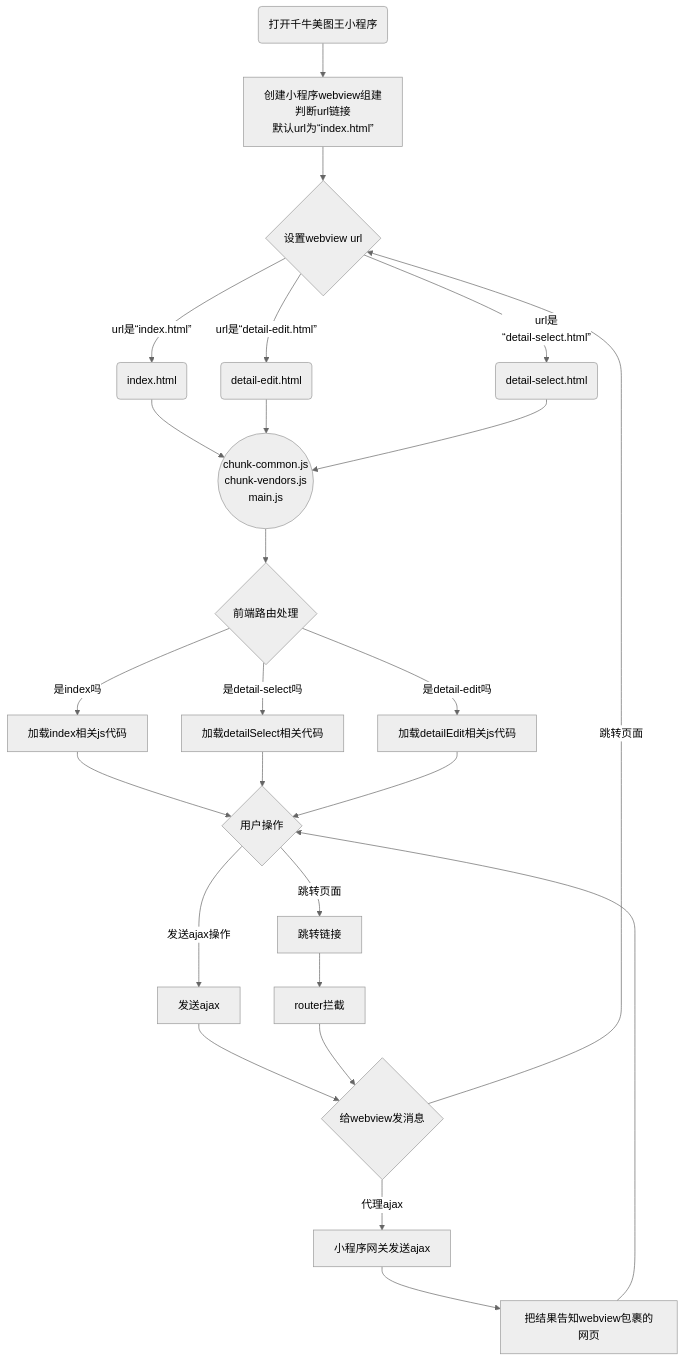
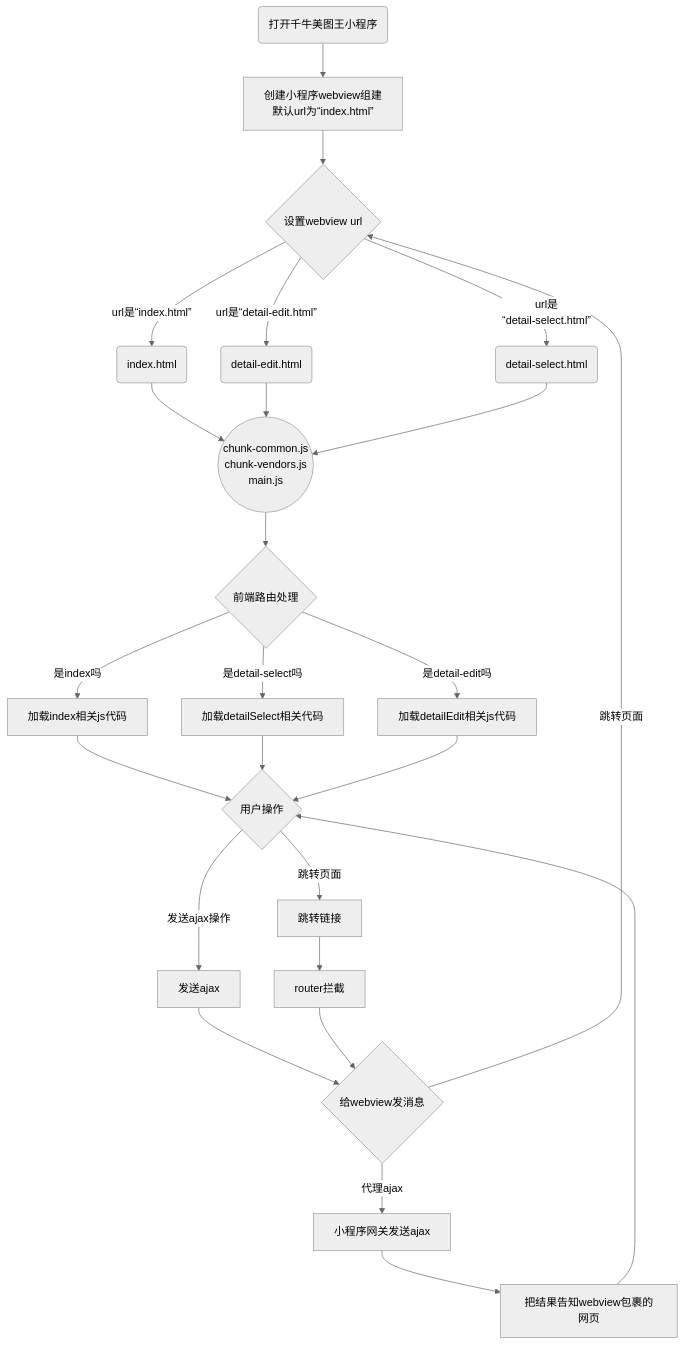
The first of 5 diagrams in doc.md (zhuoyan123/doc-manager), drawn with Mermaid (neutral theme) before and after one commit. The commit also changed other lines of this file and 7 other files, not shown here.

````diff
--- a/doc.md
+++ b/doc.md
@@ -45,32 +45,32 @@
 ```mermaid
 graph TB
-start(打开千牛美图王小程序)-->createWebview["创建小程序webview组建<br>判断url链接<br>默认url为“index.html”"]-->setWebviewUrl{设置webview url}
+start(打开千牛美图王小程序)-->createWebview["创建小程序webview组建<br>默认url为“index.html”"]-->setWebviewUrl{设置webview url}
 indexHtml(index.html)
 detailEditHtml(detail-edit.html)
 detailSelectHtml(detail-select.html)
 setWebviewUrl-->|"url是“index.html”"| indexHtml
 setWebviewUrl-->|"url是“detail-edit.html”"| detailEditHtml
 setWebviewUrl-->|"url是<br>“detail-select.html”"| detailSelectHtml
 indexHtml-->entry
 detailEditHtml-->entry
 detailSelectHtml-->entry
 
 entry((chunk-common.js<br>chunk-vendors.js<br>main.js))-->router{前端路由处理}
 indexJs[加载index相关js代码]
 detailEditJs[加载detailEdit相关js代码]
 detailSelectJs[加载detailSelect相关代码]
 router-->|是index吗| indexJs
 router-->|是detail-select吗| detailSelectJs
 router-->|是detail-edit吗| detailEditJs
 userOptions{用户操作}
 
 sendAjax[发送ajax]-->postMessageToWebview[给webview发消息]
 jumpLink[跳转链接]-->routerIntercept[router拦截]-->postMessageToWebview{给webview发消息}
 indexJs-->userOptions
 detailSelectJs-->userOptions
 detailEditJs-->userOptions
 userOptions-->|发送ajax操作| sendAjax
 userOptions-->|跳转页面| jumpLink
 postMessageToWebview-->|代理ajax| appSendAjax[小程序网关发送ajax]-->sendMessageToWebviewContent[把结果告知webview包裹的网页]-->userOptions
 postMessageToWebview-->|跳转页面| setWebviewUrl
 ```
````
